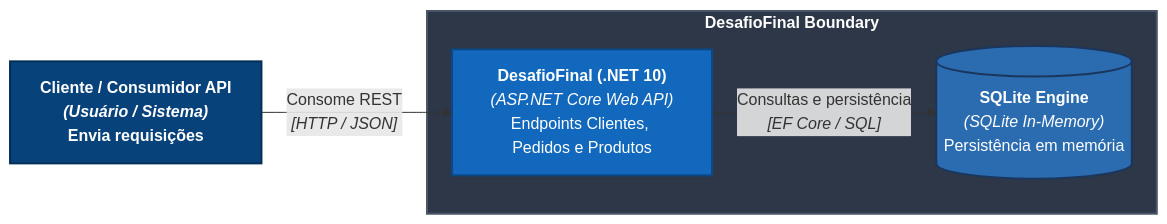
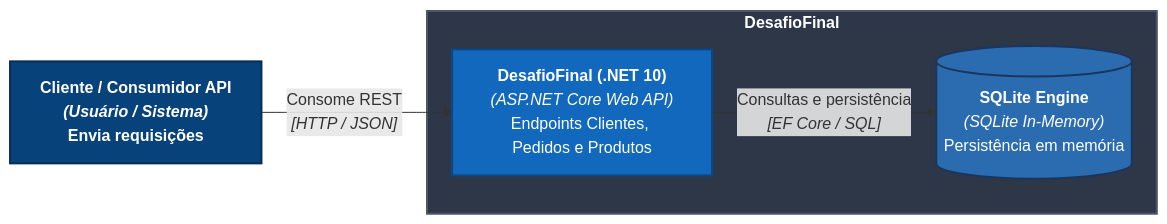
One commit to JuliermeCosta/DesafioFinal changed the second of 3 diagrams in README.md. Above: the diagram before and after it, drawn with Mermaid. The commit also changed other lines of this file, not shown here.

````diff
--- a/README.md
+++ b/README.md
@@ -24,23 +24,23 @@
 ```mermaid
 flowchart LR
     classDef boundaryStyle fill:#2d3748,stroke:#4a5568,stroke-width:2px,color:#fff,font-weight:bold;
     classDef actorStyle fill:#08427b,stroke:#052e56,stroke-width:2px,color:#fff,font-weight:bold;
     classDef containerStyle fill:#1168bd,stroke:#0b4884,stroke-width:2px,color:#fff;
     classDef dbStyle fill:#2b6cb0,stroke:#1a365d,stroke-width:2px,color:#fff;
 
     Cliente["<b>Cliente / Consumidor API</b><br/><i>(Usuário / Sistema)</i><br/>Envia requisições"]
 
-    subgraph SystemBoundary ["DesafioFinal Boundary"]
+    subgraph SystemBoundary ["DesafioFinal"]
         API["<b>DesafioFinal (.NET 10)</b><br/><i>(ASP.NET Core Web API)</i><br/>Endpoints Clientes, Pedidos e Produtos"]
             
         SQLite[("<b>SQLite Engine</b><br/><i>(SQLite In-Memory)</i><br/>Persistência em memória")]
     end
 
     class Title,SystemBoundary boundaryStyle;
     class Cliente actorStyle;
     class API containerStyle;
     class SQLite dbStyle;
 
     Cliente -->|"Consome REST<br/><i>[HTTP / JSON]</i>"| API
     API -->|"Consultas e persistência<br/><i>[EF Core / SQL]</i>"| SQLite
 ```
````
